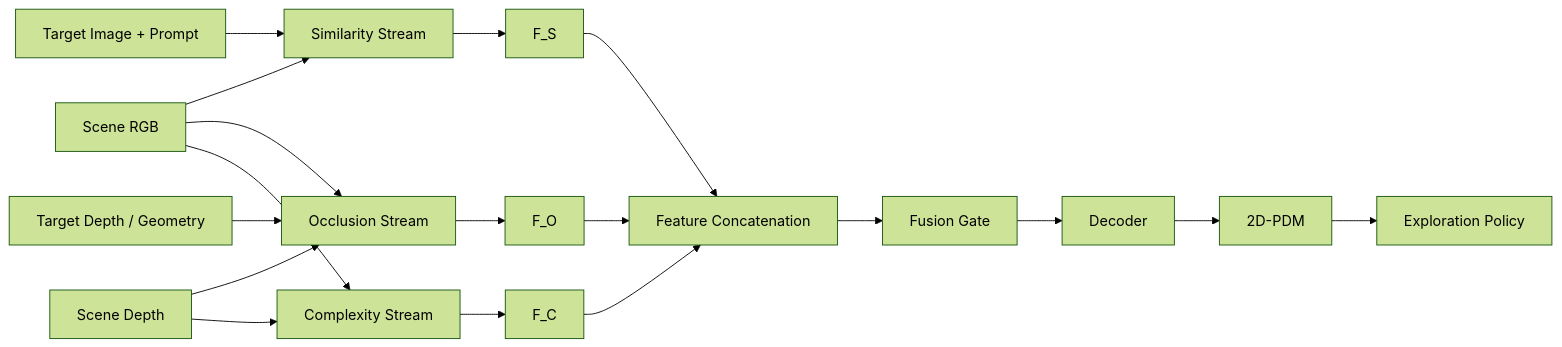
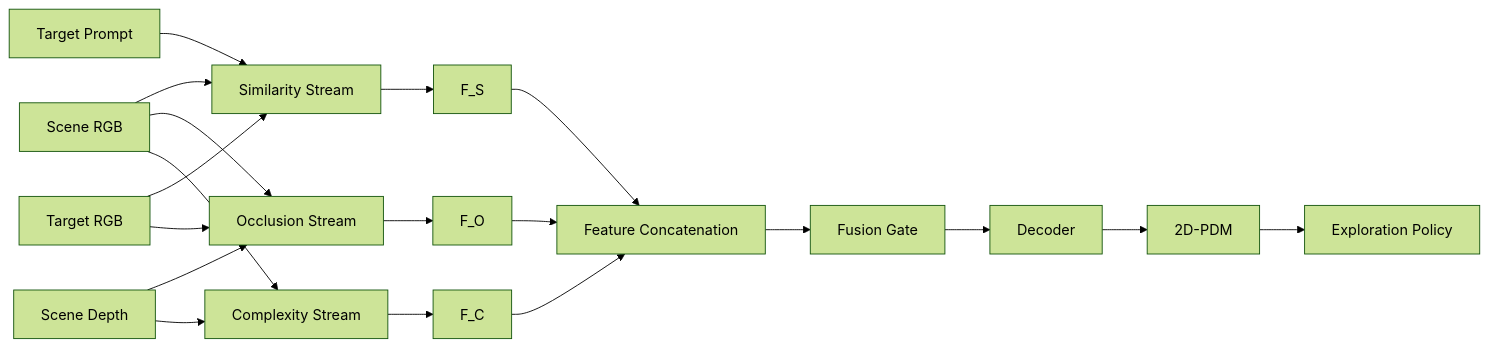
Before and after one commit to JeonHaneul/2D-PDM_DINOv3: the first of 4 diagrams in README2.md, drawn with Mermaid (forest theme). The commit also changed other lines of this file, not shown here.

Commit message:
Update occlusion protocol and project roadmap

````diff
--- a/README2.md
+++ b/README2.md
@@ -20,24 +22,25 @@
 ```mermaid
 flowchart LR
     RGB["Scene RGB"] --> S["Similarity Stream"]
-    TARGET["Target Image + Prompt"] --> S
+    TARGET["Target RGB"] --> S
+    PROMPT["Target Prompt"] --> S
 
     RGB --> O["Occlusion Stream"]
     DEPTH["Scene Depth"] --> O
-    GEOM["Target Depth / Geometry"] --> O
+    TARGET --> O
 
     RGB --> C["Complexity Stream"]
     DEPTH --> C
 
     S --> FS["F_S"]
     O --> FO["F_O"]
     C --> FC["F_C"]
 
     FS --> CONCAT["Feature Concatenation"]
     FO --> CONCAT
     FC --> CONCAT
     CONCAT --> GATE["Fusion Gate"]
     GATE --> DECODER["Decoder"]
     DECODER --> PDM["2D-PDM"]
     PDM --> POLICY["Exploration Policy"]
 ```
````
